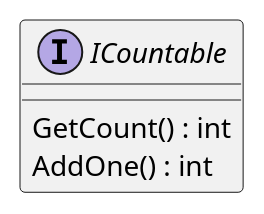
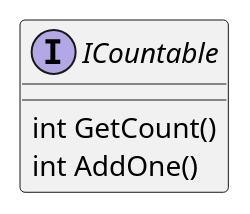
Before and after one commit to ZhiZe-ZG/UMLLesson: the ninth of 13 diagrams in PlantUML/Lesson02.md, drawn with PlantUML. The commit also changed other lines of this file and 1 other file, not shown here.

````diff
--- a/PlantUML/Lesson02.md
+++ b/PlantUML/Lesson02.md
@@ -123,6 +123,6 @@
 ```PlantUML
 interface ICountable{
-    GetCount() : int
-    AddOne() : int
+    int GetCount() 
+    int AddOne() 
 }
 ```
````
